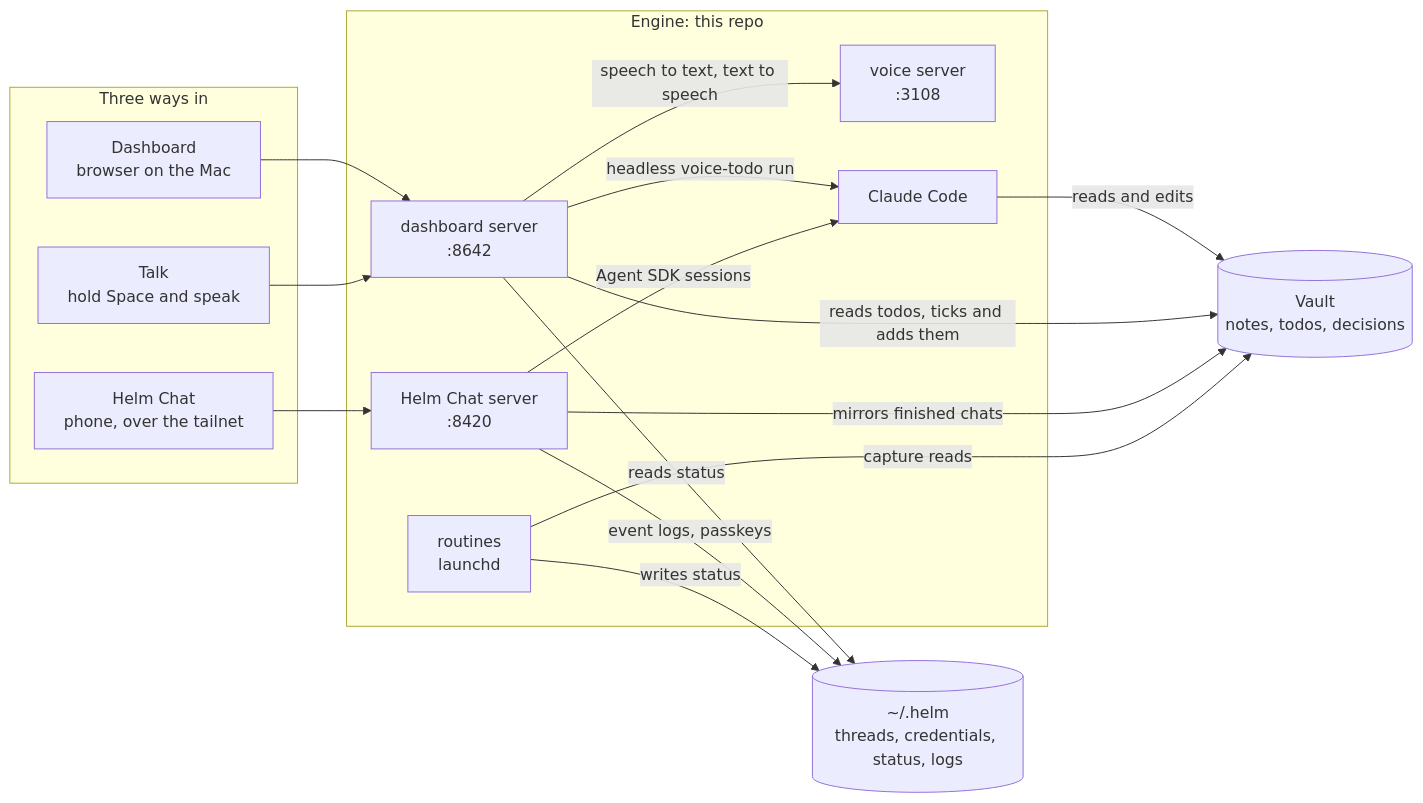
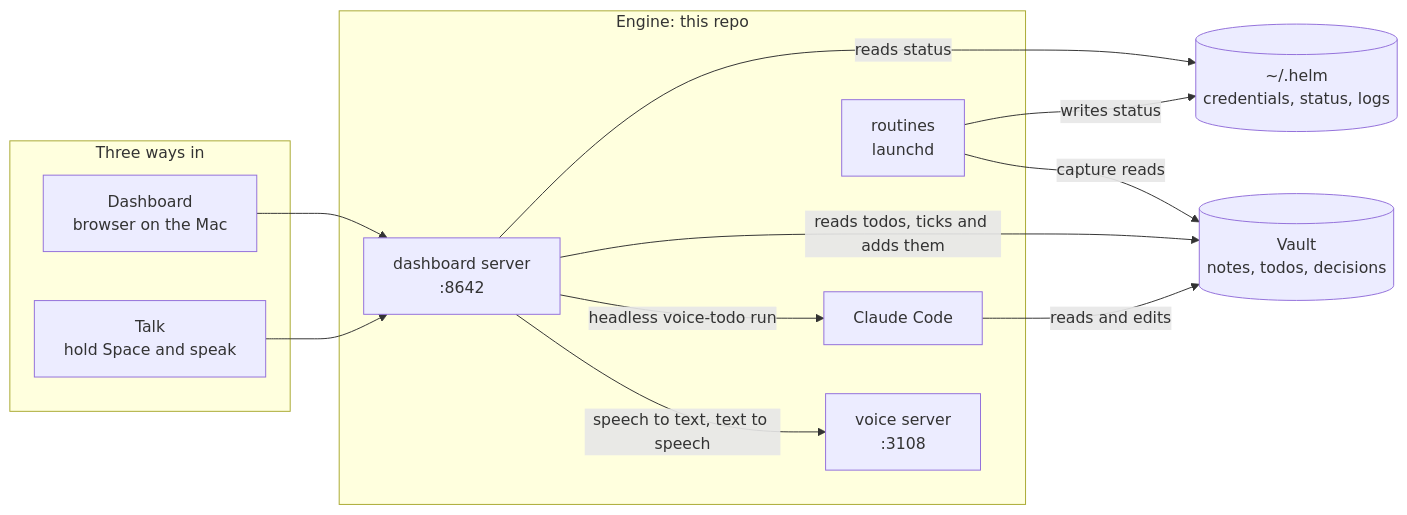
One commit to danielgentile22/helm changed the diagram in README.md. Above: the diagram before and after it, drawn with Mermaid. The commit also changed other lines of this file and 172 other files, not shown here.

First line of the commit message:
Remove Helm Chat

````diff
--- a/README.md
+++ b/README.md
@@ -48,33 +44,27 @@
 ```mermaid
 flowchart LR
   subgraph ways["Three ways in"]
     D["Dashboard<br/>browser on the Mac"]
-    C["Helm Chat<br/>phone, over the tailnet"]
     T["Talk<br/>hold Space and speak"]
   end
 
   subgraph engine["Engine: this repo"]
     DS["dashboard server<br/>:8642"]
-    CS["Helm Chat server<br/>:8420"]
     VS["voice server<br/>:3108"]
     R["routines<br/>launchd"]
     CC["Claude Code"]
   end
 
   V[("Vault<br/>notes, todos, decisions")]
-  S[("~/.helm<br/>threads, credentials, status, logs")]
+  S[("~/.helm<br/>credentials, status, logs")]
 
   D --> DS
   T --> DS
   DS -- "speech to text, text to speech" --> VS
   DS -- "headless voice-todo run" --> CC
-  C --> CS
-  CS -- "Agent SDK sessions" --> CC
   CC -- "reads and edits" --> V
   DS -- "reads todos, ticks and adds them" --> V
   DS -- "reads status" --> S
-  CS -- "event logs, passkeys" --> S
-  CS -- "mirrors finished chats" --> V
   R -- "capture reads" --> V
   R -- "writes status" --> S
 ```
````
